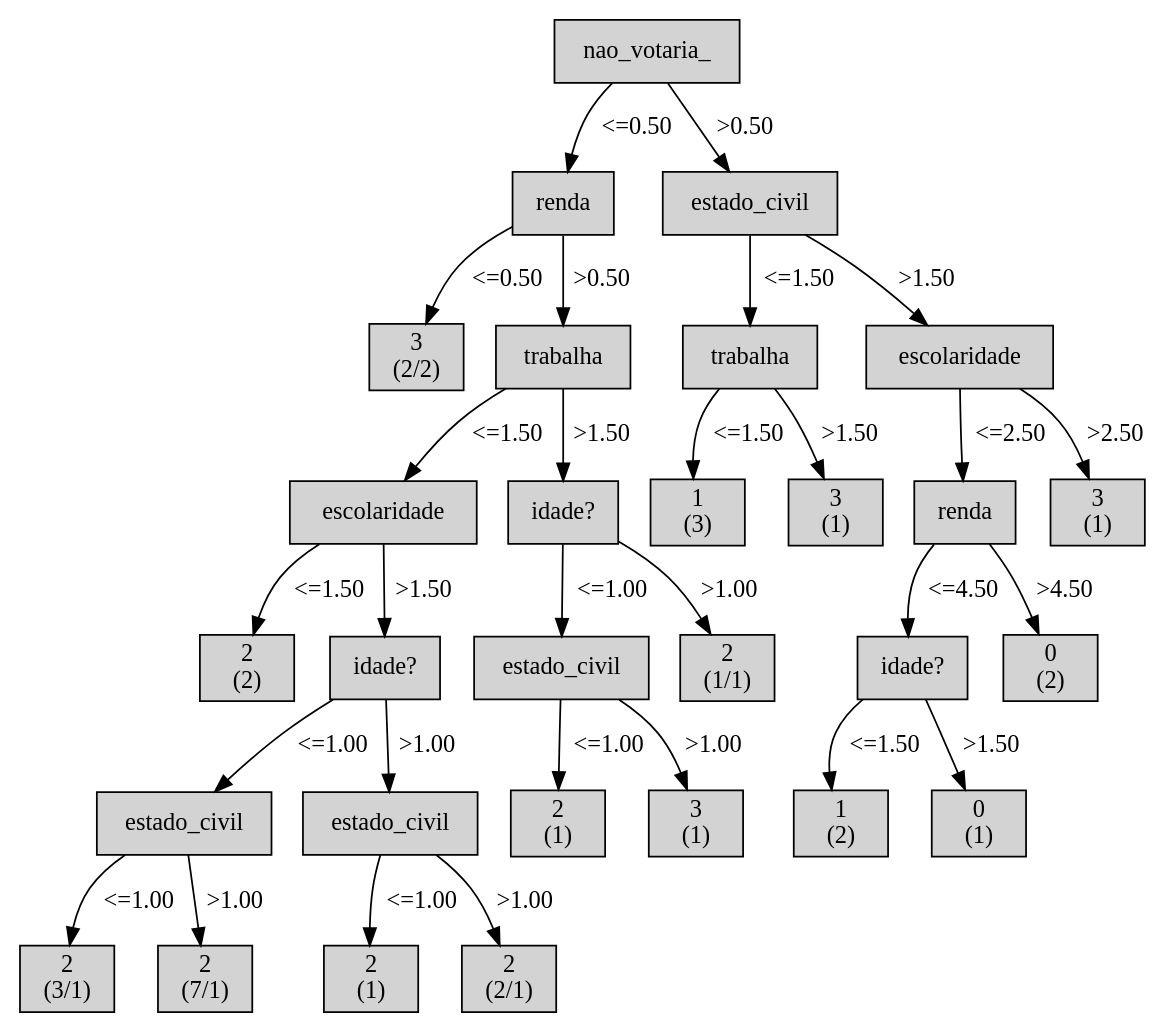
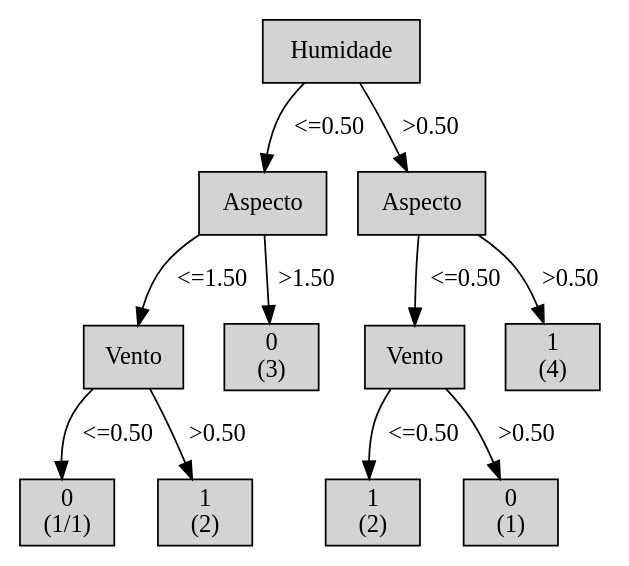
Before and after one commit to CassianoSF/tae_ia2: the diagram in tree.dot, drawn with Graphviz. The commit also changed 3 other files, not shown here.

```diff
--- a/tree.dot
+++ b/tree.dot
@@ -1,110 +1,44 @@
 digraph ID3_Tree {
-"0" [shape=box, style=filled, label="nao_votaria_
+"0" [shape=box, style=filled, label="Humidade
 ", weight=1]
-"1" [shape=box, style=filled, label="renda
+"1" [shape=box, style=filled, label="Aspecto
 ", weight=2]
 0 -> 1 [ label = "<=0.50"];
-"2" [shape=box, style=filled, label="3
-(2/2)
+"2" [shape=box, style=filled, label="Vento
 ", weight=3]
-1 -> 2 [ label = "<=0.50"];
-"3" [shape=box, style=filled, label="trabalha
+1 -> 2 [ label = "<=1.50"];
+"3" [shape=box, style=filled, label="0
+(1/1)
+", weight=4]
+2 -> 3 [ label = "<=0.50"];
+"4" [shape=box, style=filled, label="1
+(2)
+", weight=4]
+2 -> 4 [ label = ">0.50"];
+"5" [shape=box, style=filled, label="0
+(3)
 ", weight=3]
-1 -> 3 [ label = ">0.50"];
-"4" [shape=box, style=filled, label="escolaridade
+1 -> 5 [ label = ">1.50"];
+"6" [shape=box, style=filled, label="Aspecto
+", weight=2]
+0 -> 6 [ label = ">0.50"];
+"7" [shape=box, style=filled, label="Vento
+", weight=3]
+6 -> 7 [ label = "<=0.50"];
+"8" [shape=box, style=filled, label="1
+(2)
 ", weight=4]
-3 -> 4 [ label = "<=1.50"];
-"5" [shape=box, style=filled, label="2
-(2)
-", weight=5]
-4 -> 5 [ label = "<=1.50"];
-"6" [shape=box, style=filled, label="idade?
-", weight=5]
-4 -> 6 [ label = ">1.50"];
-"7" [shape=box, style=filled, label="estado_civil
-", weight=6]
-6 -> 7 [ label = "<=1.00"];
-"8" [shape=box, style=filled, label="2
-(3/1)
-", weight=7]
-7 -> 8 [ label = "<=1.00"];
-"9" [shape=box, style=filled, label="2
-(7/1)
-", weight=7]
-7 -> 9 [ label = ">1.00"];
-"10" [shape=box, style=filled, label="estado_civil
-", weight=6]
-6 -> 10 [ label = ">1.00"];
-"11" [shape=box, style=filled, label="2
-(1)
-", weight=7]
-10 -> 11 [ label = "<=1.00"];
-"12" [shape=box, style=filled, label="2
-(2/1)
-", weight=7]
-10 -> 12 [ label = ">1.00"];
-"13" [shape=box, style=filled, label="idade?
-", weight=4]
-3 -> 13 [ label = ">1.50"];
-"14" [shape=box, style=filled, label="estado_civil
-", weight=5]
-13 -> 14 [ label = "<=1.00"];
-"15" [shape=box, style=filled, label="2
-(1)
-", weight=6]
-14 -> 15 [ label = "<=1.00"];
-"16" [shape=box, style=filled, label="3
-(1)
-", weight=6]
-14 -> 16 [ label = ">1.00"];
-"17" [shape=box, style=filled, label="2
-(1/1)
-", weight=5]
-13 -> 17 [ label = ">1.00"];
-"18" [shape=box, style=filled, label="estado_civil
-", weight=2]
-0 -> 18 [ label = ">0.50"];
-"19" [shape=box, style=filled, label="trabalha
-", weight=3]
-18 -> 19 [ label = "<=1.50"];
-"20" [shape=box, style=filled, label="1
-(3)
-", weight=4]
-19 -> 20 [ label = "<=1.50"];
-"21" [shape=box, style=filled, label="3
+7 -> 8 [ label = "<=0.50"];
+"9" [shape=box, style=filled, label="0
 (1)
 ", weight=4]
-19 -> 21 [ label = ">1.50"];
-"22" [shape=box, style=filled, label="escolaridade
+7 -> 9 [ label = ">0.50"];
+"10" [shape=box, style=filled, label="1
+(4)
 ", weight=3]
-18 -> 22 [ label = ">1.50"];
-"23" [shape=box, style=filled, label="renda
-", weight=4]
-22 -> 23 [ label = "<=2.50"];
-"24" [shape=box, style=filled, label="idade?
-", weight=5]
-23 -> 24 [ label = "<=4.50"];
-"25" [shape=box, style=filled, label="1
-(2)
-", weight=6]
-24 -> 25 [ label = "<=1.50"];
-"26" [shape=box, style=filled, label="0
-(1)
-", weight=6]
-24 -> 26 [ label = ">1.50"];
-"27" [shape=box, style=filled, label="0
-(2)
-", weight=5]
-23 -> 27 [ label = ">4.50"];
-"28" [shape=box, style=filled, label="3
-(1)
-", weight=4]
-22 -> 28 [ label = ">2.50"];
+6 -> 10 [ label = ">0.50"];
 {rank=same; 0;};
-{rank=same; 1;18;};
-{rank=same; 2;3;19;22;};
-{rank=same; 4;13;20;21;23;28;};
-{rank=same; 5;6;14;17;24;27;};
-{rank=same; 7;10;15;16;25;26;};
-{rank=same; 8;9;11;12;};
+{rank=same; 1;6;};
+{rank=same; 2;5;7;10;};
+{rank=same; 3;4;8;9;};
 }
```
